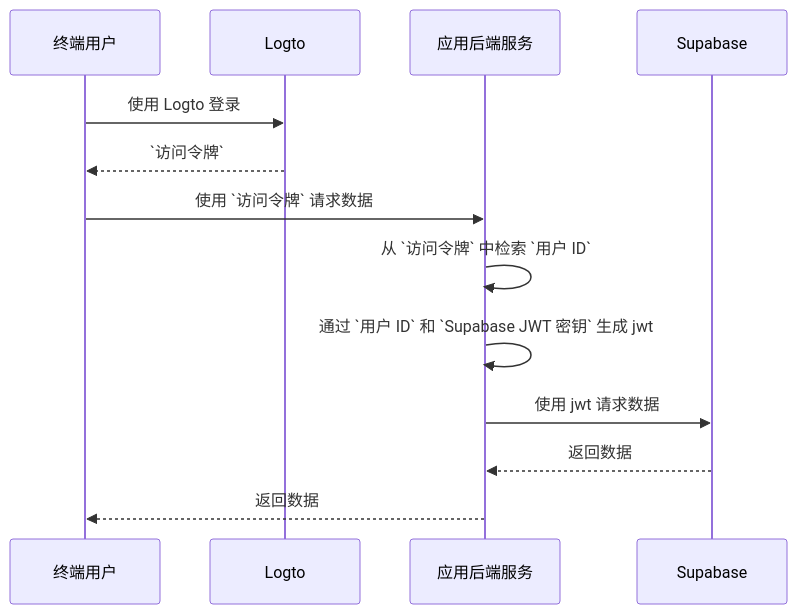
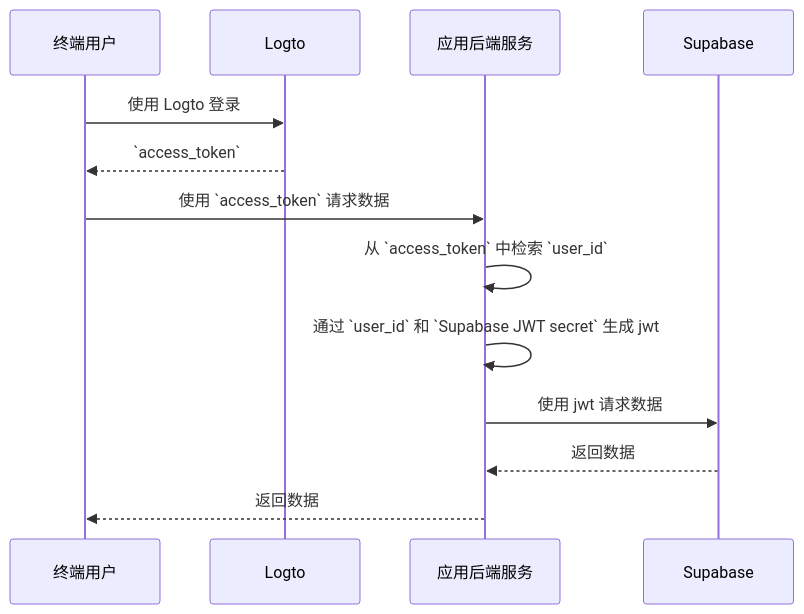
The diagram in i18n/zh-CN/docusaurus-plugin-content-docs/current/quick-starts/database/supabase/README.mdx (logto-io/docs), drawn with Mermaid before and after one commit. The commit also changed other lines of this file and 2629 other files, not shown here.

````diff
--- a/i18n/zh-CN/docusaurus-plugin-content-docs/current/quick-starts/database/supabase/README.mdx
+++ b/i18n/zh-CN/docusaurus-plugin-content-docs/current/quick-starts/database/supabase/README.mdx
@@ -107,16 +113,16 @@
 ```mermaid
 sequenceDiagram
 	Participant U as 终端用户
 	Participant Logto
 	Participant B as 应用后端服务
 	Participant Supabase
 
 	U->>Logto: 使用 Logto 登录
-	Logto-->>U: `访问令牌`
-	U->>B: 使用 `访问令牌` 请求数据
-	B->>B: 从 `访问令牌` 中检索 `用户 ID`
-	B->>B: 通过 `用户 ID` 和 `Supabase JWT 密钥` 生成 jwt
+	Logto-->>U: `access_token`
+	U->>B: 使用 `access_token` 请求数据
+	B->>B: 从 `access_token` 中检索 `user_id`
+	B->>B: 通过 `user_id` 和 `Supabase JWT secret` 生成 jwt
 	B->>Supabase: 使用 jwt 请求数据
 	Supabase-->>B: 返回数据
 	B-->>U: 返回数据
 ```
````
